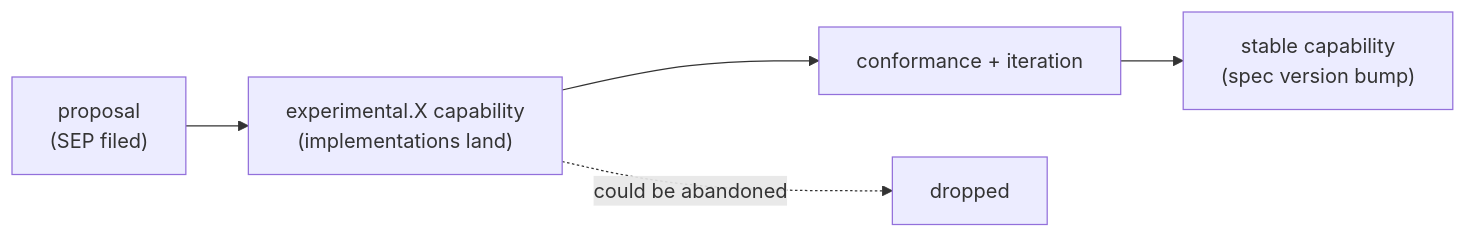
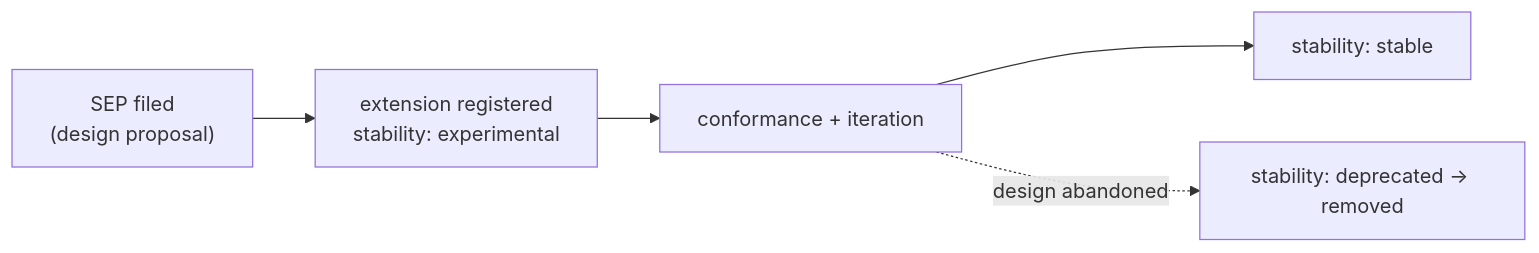
Before and after one commit to panyam/mcpkit: the diagram in tutorials/walkthrough/extension-mechanisms.md, drawn with Mermaid. The commit also changed other lines of this file and 1 other file, not shown here.

````diff
--- a/tutorials/walkthrough/extension-mechanisms.md
+++ b/tutorials/walkthrough/extension-mechanisms.md
@@ -53,7 +91,7 @@
 ```mermaid
 graph LR
-    proposal["proposal<br/>(SEP filed)"] --> exp["experimental.X capability<br/>(implementations land)"]
-    exp --> conf["conformance + iteration"]
-    conf --> stable["stable capability<br/>(spec version bump)"]
-    exp -. could be abandoned .-> dead["dropped"]
+    sep["SEP filed<br/>(design proposal)"] --> reg["extension registered<br/>stability: experimental"]
+    reg --> conf["conformance + iteration"]
+    conf --> stable["stability: stable"]
+    conf -. design abandoned .-> dep["stability: deprecated → removed"]
 ```
````
